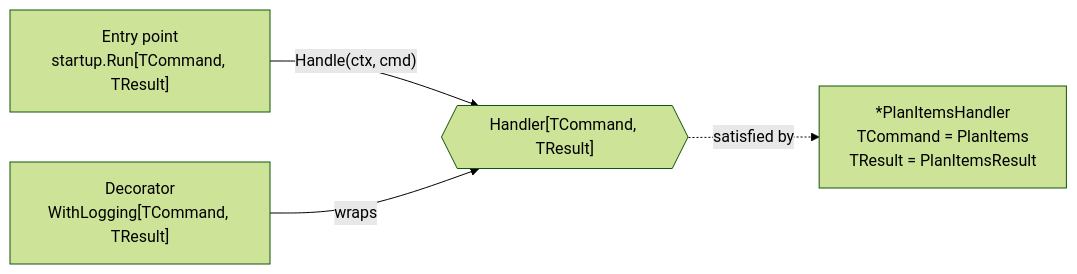
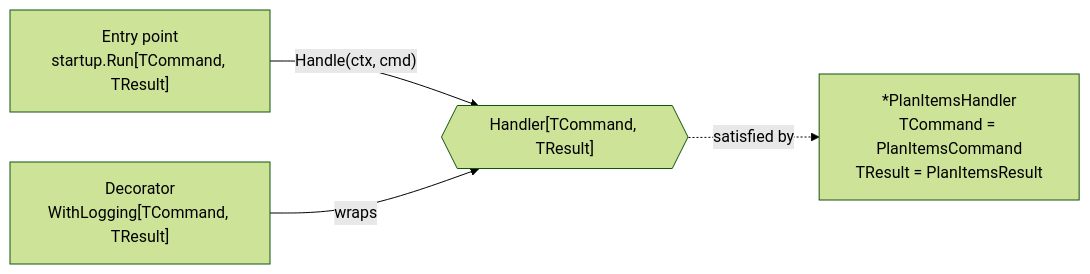
One commit to InsonusK/ai-skills changed the diagram in library/architecture/go/base-plateau-in-go.skill/glossary/handler-contract.md. Above: the diagram before and after it, drawn with Mermaid (forest theme). The commit also changed other lines of this file and 105 other files, not shown here.

First line of the commit message:
refactor(architecture): command types named {Operation}Command in Go and dotnet

````diff
--- a/library/architecture/go/base-plateau-in-go.skill/glossary/handler-contract.md
+++ b/library/architecture/go/base-plateau-in-go.skill/glossary/handler-contract.md
@@ -25,6 +25,6 @@
 ```mermaid
 flowchart LR
     E["Entry point<br/>startup.Run[TCommand, TResult]"] -->|"Handle(ctx, cmd)"| H{{"Handler[TCommand, TResult]"}}
     D["Decorator<br/>WithLogging[TCommand, TResult]"] -->|wraps| H
-    H -. satisfied by .-> P["*PlanItemsHandler<br/>TCommand = PlanItems<br/>TResult = PlanItemsResult"]
+    H -. satisfied by .-> P["*PlanItemsHandler<br/>TCommand = PlanItemsCommand<br/>TResult = PlanItemsResult"]
 ```
````
